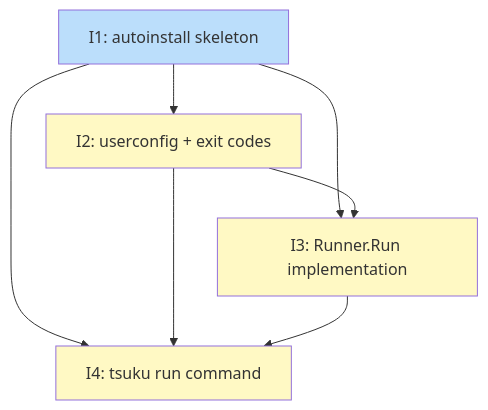
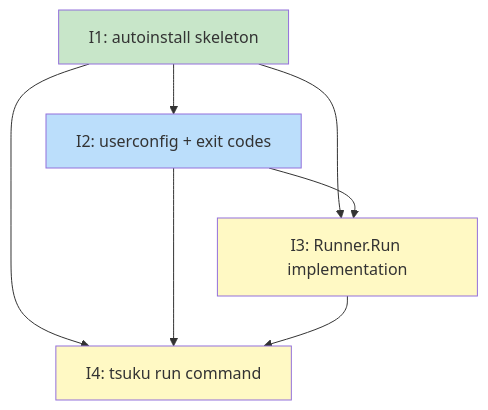
One commit to tsukumogami/tsuku changed the diagram in docs/plans/PLAN-auto-install.md. Above: the diagram before and after it, drawn with Mermaid. The commit also changed other lines of this file and 3 other files, not shown here.

````diff
--- a/docs/plans/PLAN-auto-install.md
+++ b/docs/plans/PLAN-auto-install.md
@@ -127,27 +127,28 @@
 ```mermaid
 graph TD
     I1["I1: autoinstall skeleton"]
     I2["I2: userconfig + exit codes"]
     I3["I3: Runner.Run implementation"]
     I4["I4: tsuku run command"]
 
     I1 --> I2
     I1 --> I3
     I2 --> I3
     I1 --> I4
     I2 --> I4
     I3 --> I4
 
     classDef done fill:#c8e6c9
     classDef ready fill:#bbdefb
     classDef blocked fill:#fff9c4
     classDef needsDesign fill:#e1bee7
     classDef needsPrd fill:#b3e5fc
     classDef needsSpike fill:#ffcdd2
     classDef needsDecision fill:#d1c4e9
     classDef tracksDesign fill:#FFE0B2,stroke:#F57C00,color:#000
     classDef tracksPlan fill:#FFE0B2,stroke:#F57C00,color:#000
 
-    class I1 ready
-    class I2,I3,I4 blocked
+    class I1 done
+    class I2 ready
+    class I3,I4 blocked
 ```
````
